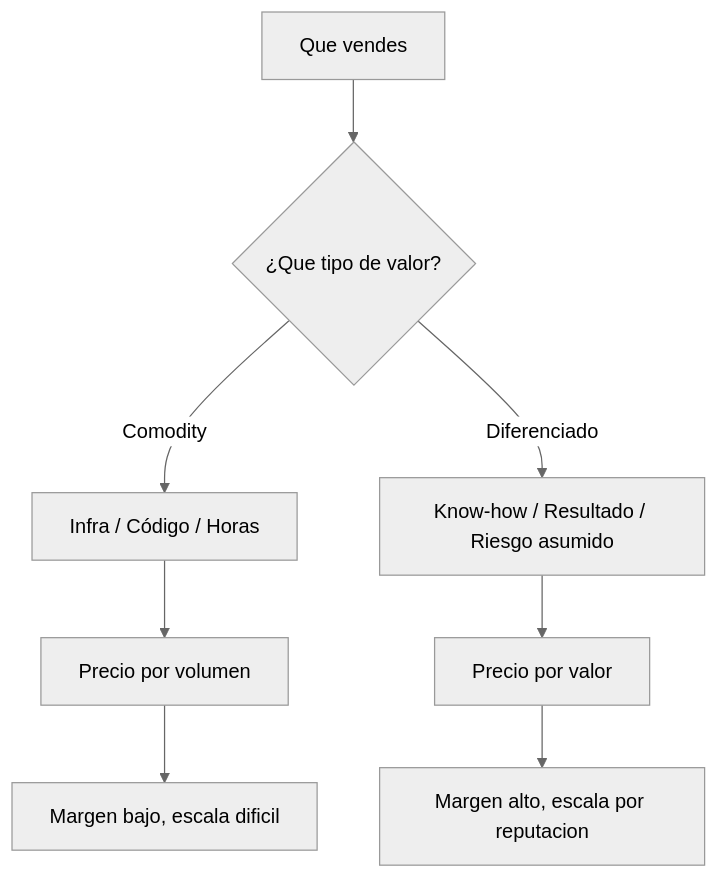
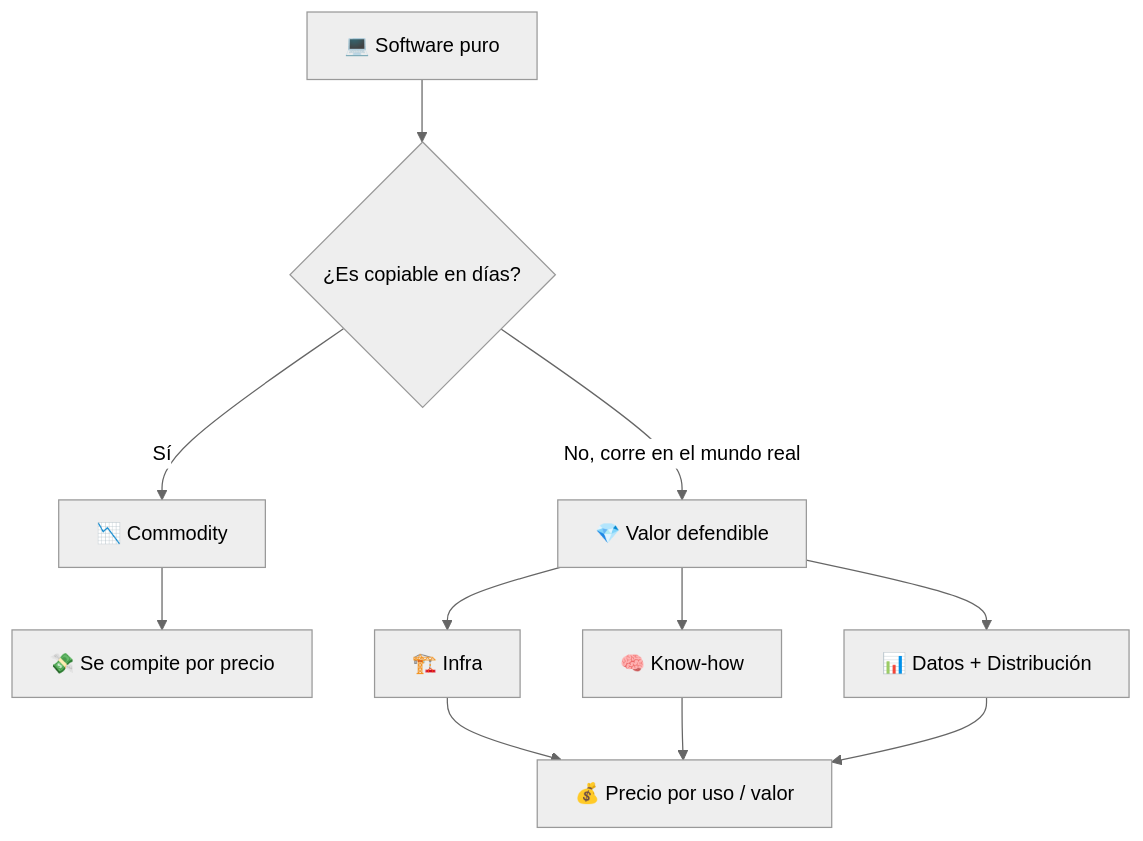
The first of 5 diagrams in src/content/blog/vende-infra-knowhow.md (jeroroldan/jeronimo-blog), drawn with Mermaid (neutral theme) before and after one commit. The commit also changed other lines of this file, not shown here.

First line of the commit message:
refactor(blog): update "No vendas software, vendé infra y know-how" masterclass content

````diff
--- a/src/content/blog/vende-infra-knowhow.md
+++ b/src/content/blog/vende-infra-knowhow.md
@@ -38,10 +53,13 @@
 ```mermaid
 flowchart TD
-    A[Que vendes] --> B{¿Que tipo de valor?}
-    B -->|Comodity| C[Infra / Código / Horas]
-    B -->|Diferenciado| D[Know-how / Resultado / Riesgo asumido]
-    C --> E[Precio por volumen]
-    D --> F[Precio por valor]
-    E --> G[Margen bajo, escala dificil]
-    F --> H[Margen alto, escala por reputacion]
+    A[💻 Software puro] --> B{¿Es copiable en días?}
+    B -->|Sí| C[📉 Commodity]
+    B -->|No, corre en el mundo real| D[💎 Valor defendible]
+    C --> E[💸 Se compite por precio]
+    D --> F[🏗️ Infra]
+    D --> G[🧠 Know-how]
+    D --> H[📊 Datos + Distribución]
+    F --> I[💰 Precio por uso / valor]
+    G --> I
+    H --> I
 ```
````
